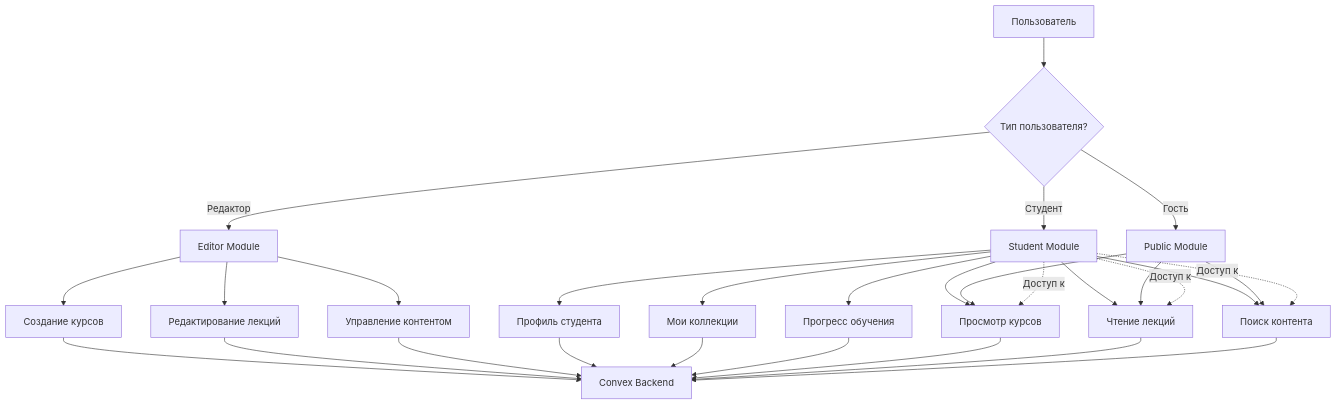
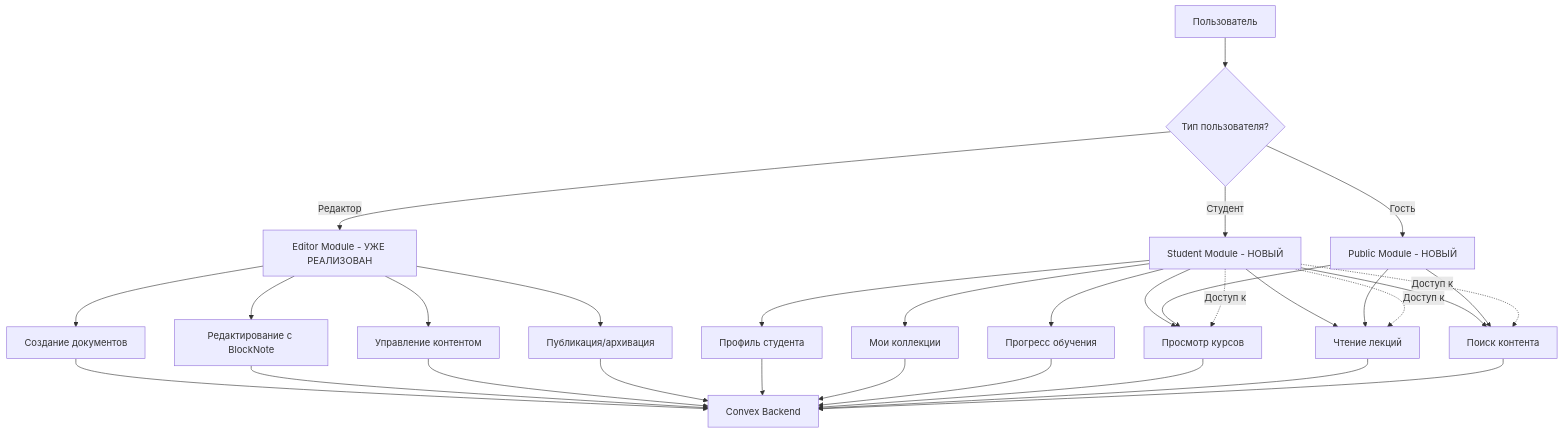
The fifth of 11 diagrams in ARCHITECTURE_DIAGRAM.md (a1x02/BiGOR_2.0), drawn with Mermaid before and after one commit. The commit also changed other lines of this file and 4 other files, not shown here.

````diff
--- a/ARCHITECTURE_DIAGRAM.md
+++ b/ARCHITECTURE_DIAGRAM.md
@@ -260,38 +237,40 @@
 ```mermaid
 flowchart TD
     A[Пользователь] --> B{Тип пользователя?}
 
-    B -->|Редактор| C[Editor Module]
-    B -->|Студент| D[Student Module]
-    B -->|Гость| E[Public Module]
+    B -->|Редактор| C[Editor Module - УЖЕ РЕАЛИЗОВАН]
+    B -->|Студент| D[Student Module - НОВЫЙ]
+    B -->|Гость| E[Public Module - НОВЫЙ]
 
-    C --> F[Создание курсов]
-    C --> G[Редактирование лекций]
+    C --> F[Создание документов]
+    C --> G[Редактирование с BlockNote]
     C --> H[Управление контентом]
+    C --> I[Публикация/архивация]
 
-    D --> I[Профиль студента]
-    D --> J[Мои коллекции]
-    D --> K[Прогресс обучения]
-    D --> L[Просмотр курсов]
-    D --> M[Чтение лекций]
-    D --> N[Поиск контента]
+    D --> J[Профиль студента]
+    D --> K[Мои коллекции]
+    D --> L[Прогресс обучения]
+    D --> M[Просмотр курсов]
+    D --> N[Чтение лекций]
+    D --> O[Поиск контента]
 
-    E --> L
     E --> M
     E --> N
+    E --> O
 
-    F --> O[Convex Backend]
-    G --> O
-    H --> O
-    I --> O
-    J --> O
-    K --> O
-    L --> O
-    M --> O
-    N --> O
+    F --> P[Convex Backend]
+    G --> P
+    H --> P
+    I --> P
+    J --> P
+    K --> P
+    L --> P
+    M --> P
+    N --> P
+    O --> P
 
     %% Показываем что студент имеет доступ к функциям гостя
-    D -.->|Доступ к| L
     D -.->|Доступ к| M
     D -.->|Доступ к| N
+    D -.->|Доступ к| O
 ```
````
